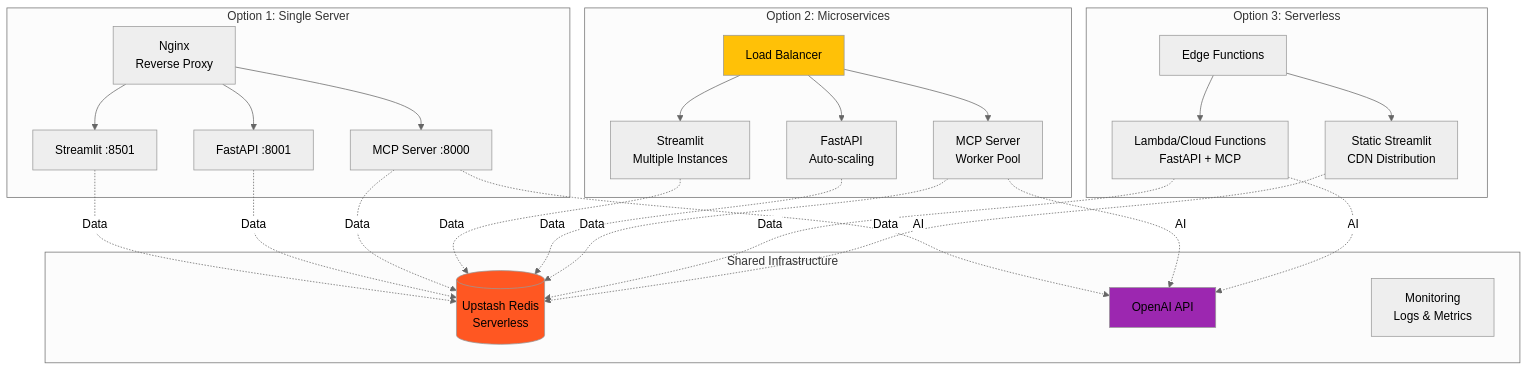
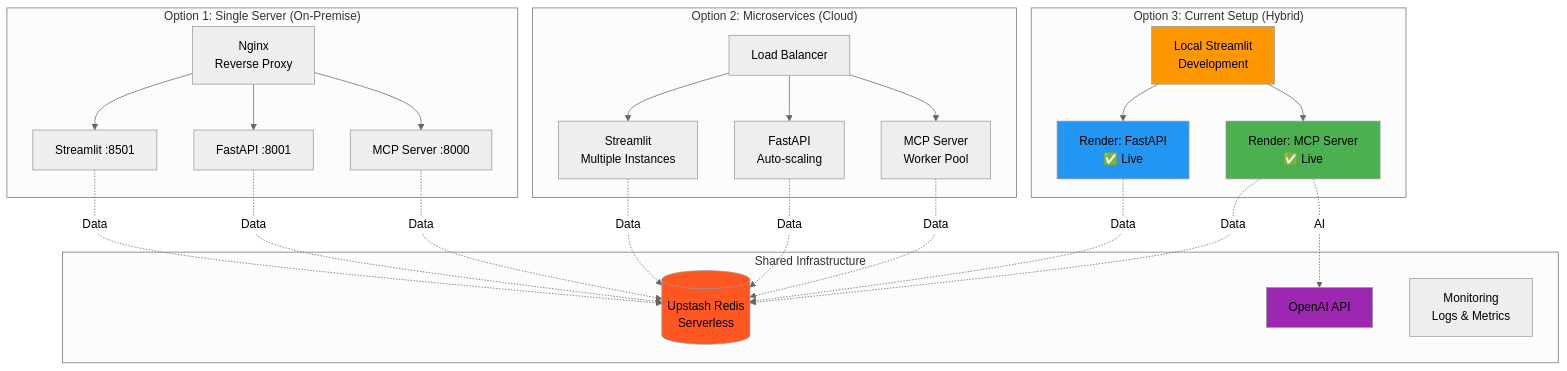
Diagram 19 of 21 in README.md (shivansh-2003/Data-Assistant), drawn with Mermaid (neutral theme) before and after one commit. The commit also changed other lines of this file, not shown here.

````diff
--- a/README.md
+++ b/README.md
@@ -825,47 +891,49 @@
 ```mermaid
 flowchart TD
-    subgraph "Option 1: Single Server"
+    subgraph "Option 1: Single Server (On-Premise)"
         NGINX[Nginx<br/>Reverse Proxy]
         NGINX --> UI1[Streamlit :8501]
         NGINX --> API1[FastAPI :8001]
         NGINX --> MCP1[MCP Server :8000]
     end
     
-    subgraph "Option 2: Microservices"
+    subgraph "Option 2: Microservices (Cloud)"
         LB[Load Balancer]
         LB --> UI2[Streamlit<br/>Multiple Instances]
         LB --> API2[FastAPI<br/>Auto-scaling]
         LB --> MCP2[MCP Server<br/>Worker Pool]
     end
     
-    subgraph "Option 3: Serverless"
-        EDGE[Edge Functions]
-        EDGE --> LAMBDA[Lambda/Cloud Functions<br/>FastAPI + MCP]
-        EDGE --> STATIC[Static Streamlit<br/>CDN Distribution]
+    subgraph "Option 3: Current Setup (Hybrid)"
+        LOCAL[Local Streamlit<br/>Development]
+        RENDER_MCP[Render: MCP Server<br/>✅ Live]
+        RENDER_API[Render: FastAPI<br/>✅ Live]
+        
+        LOCAL --> RENDER_API
+        LOCAL --> RENDER_MCP
     end
     
     subgraph "Shared Infrastructure"
         REDIS2[(Upstash Redis<br/>Serverless)]
         OPENAI2[OpenAI API]
         MONITORING[Monitoring<br/>Logs & Metrics]
     end
     
     UI1 -.->|Data| REDIS2
     API1 -.->|Data| REDIS2
     MCP1 -.->|Data| REDIS2
     
     UI2 -.->|Data| REDIS2
     API2 -.->|Data| REDIS2
     MCP2 -.->|Data| REDIS2
     
-    LAMBDA -.->|Data| REDIS2
-    STATIC -.->|Data| REDIS2
+    RENDER_API -.->|Data| REDIS2
+    RENDER_MCP -.->|Data| REDIS2
+    RENDER_MCP -.->|AI| OPENAI2
     
-    MCP1 -.->|AI| OPENAI2
-    MCP2 -.->|AI| OPENAI2
-    LAMBDA -.->|AI| OPENAI2
-    
-    style LB fill:#FFC107
+    style RENDER_MCP fill:#4CAF50
+    style RENDER_API fill:#2196F3
+    style LOCAL fill:#FF9800
     style REDIS2 fill:#FF5722
     style OPENAI2 fill:#9C27B0
 ```
````
